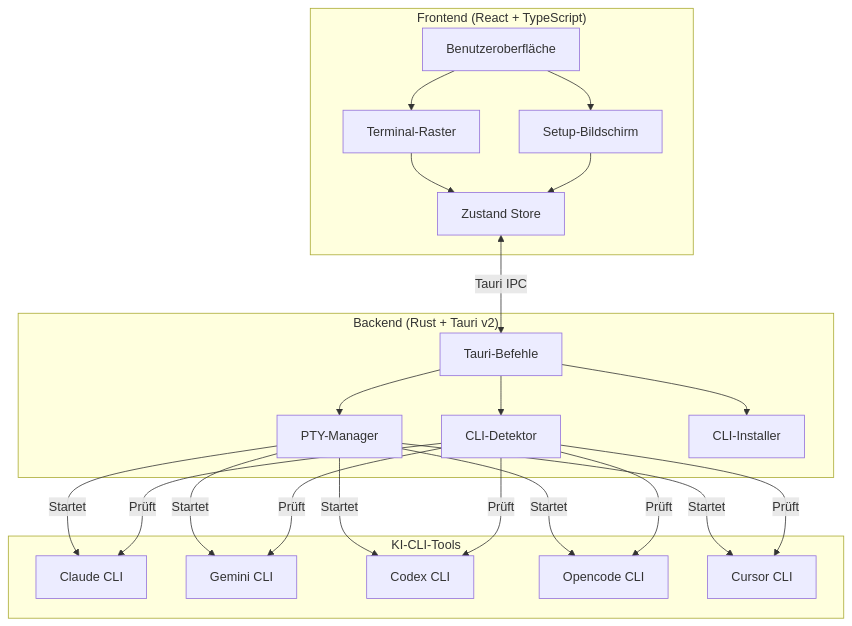
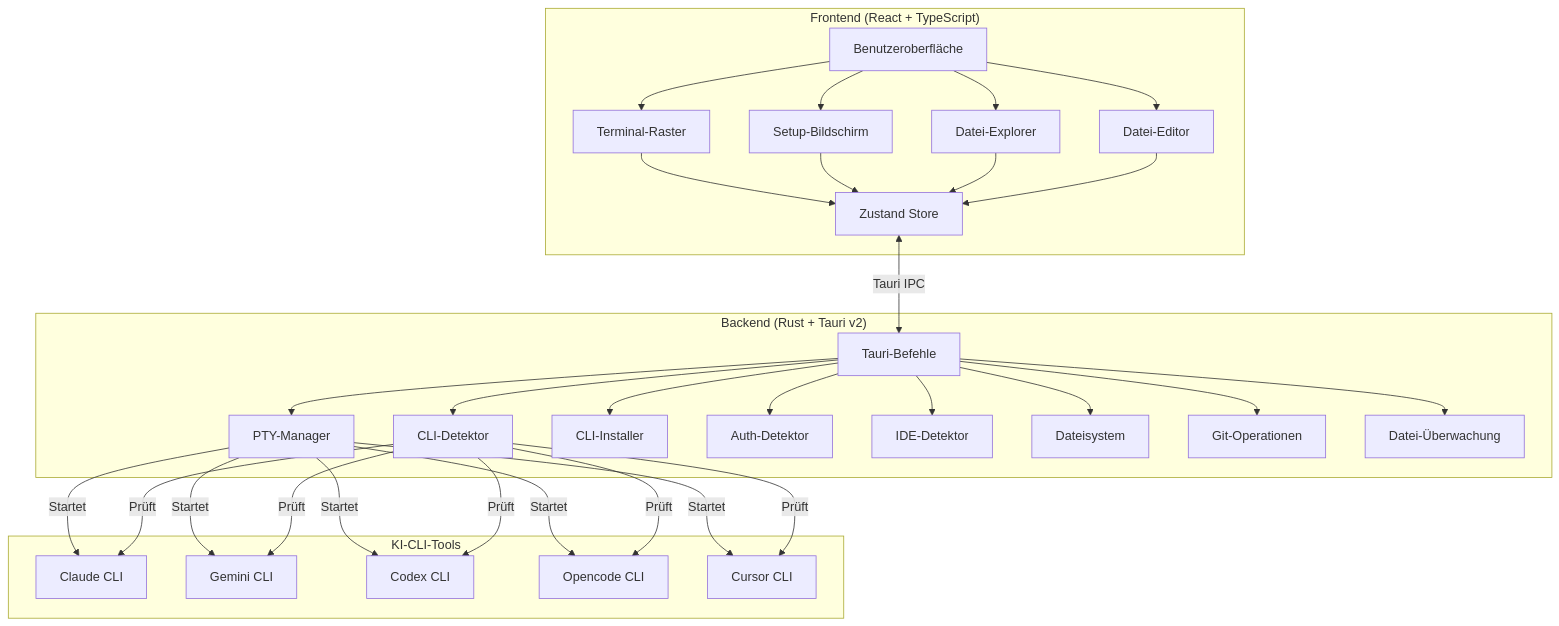
Before and after one commit to wolfenazz/AgentsLand: the first of 2 diagrams in DEREADME.MD, drawn with Mermaid. The commit also changed other lines of this file and 6 other files, not shown here.

First line of the commit message:
Add file explorer, IDE support in READMEs

````diff
--- a/DEREADME.MD
+++ b/DEREADME.MD
@@ -153,46 +178,62 @@
 ```mermaid
 graph TB
     subgraph Frontend["Frontend (React + TypeScript)"]
         UI[Benutzeroberfläche]
         Grid[Terminal-Raster]
         Setup[Setup-Bildschirm]
         Store[Zustand Store]
+        Explorer[Datei-Explorer]
+        Editor[Datei-Editor]
     end
 
     subgraph Backend["Backend (Rust + Tauri v2)"]
         Commands[Tauri-Befehle]
         PTY[PTY-Manager]
         Detector[CLI-Detektor]
         Installer[CLI-Installer]
+        Auth[Auth-Detektor]
+        Ide[IDE-Detektor]
+        Fs[Dateisystem]
+        Git[Git-Operationen]
+        Watcher[Datei-Überwachung]
     end
 
     subgraph CLIs["KI-CLI-Tools"]
         Claude[Claude CLI]
         Gemini[Gemini CLI]
         Codex[Codex CLI]
         Opencode[Opencode CLI]
         Cursor[Cursor CLI]
     end
 
     UI --> Grid
     UI --> Setup
+    UI --> Explorer
+    UI --> Editor
     Grid --> Store
     Setup --> Store
+    Explorer --> Store
+    Editor --> Store
     
     Store <-->|Tauri IPC| Commands
     Commands --> PTY
     Commands --> Detector
     Commands --> Installer
+    Commands --> Auth
+    Commands --> Ide
+    Commands --> Fs
+    Commands --> Git
+    Commands --> Watcher
     
     PTY -->|Startet| Claude
     PTY -->|Startet| Gemini
     PTY -->|Startet| Codex
     PTY -->|Startet| Opencode
     PTY -->|Startet| Cursor
     
     Detector -->|Prüft| Claude
     Detector -->|Prüft| Gemini
     Detector -->|Prüft| Codex
     Detector -->|Prüft| Opencode
     Detector -->|Prüft| Cursor
 ```
````
